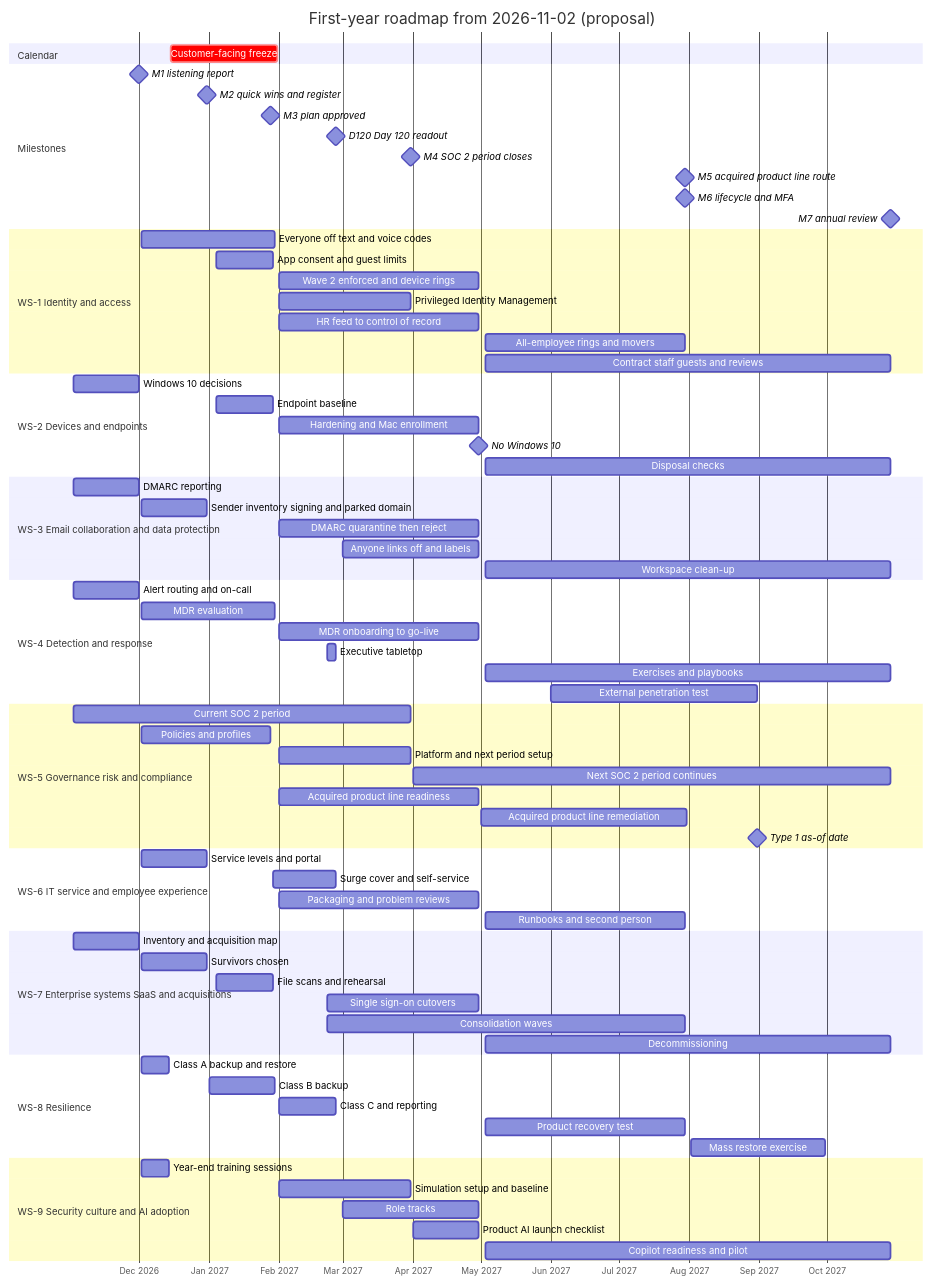
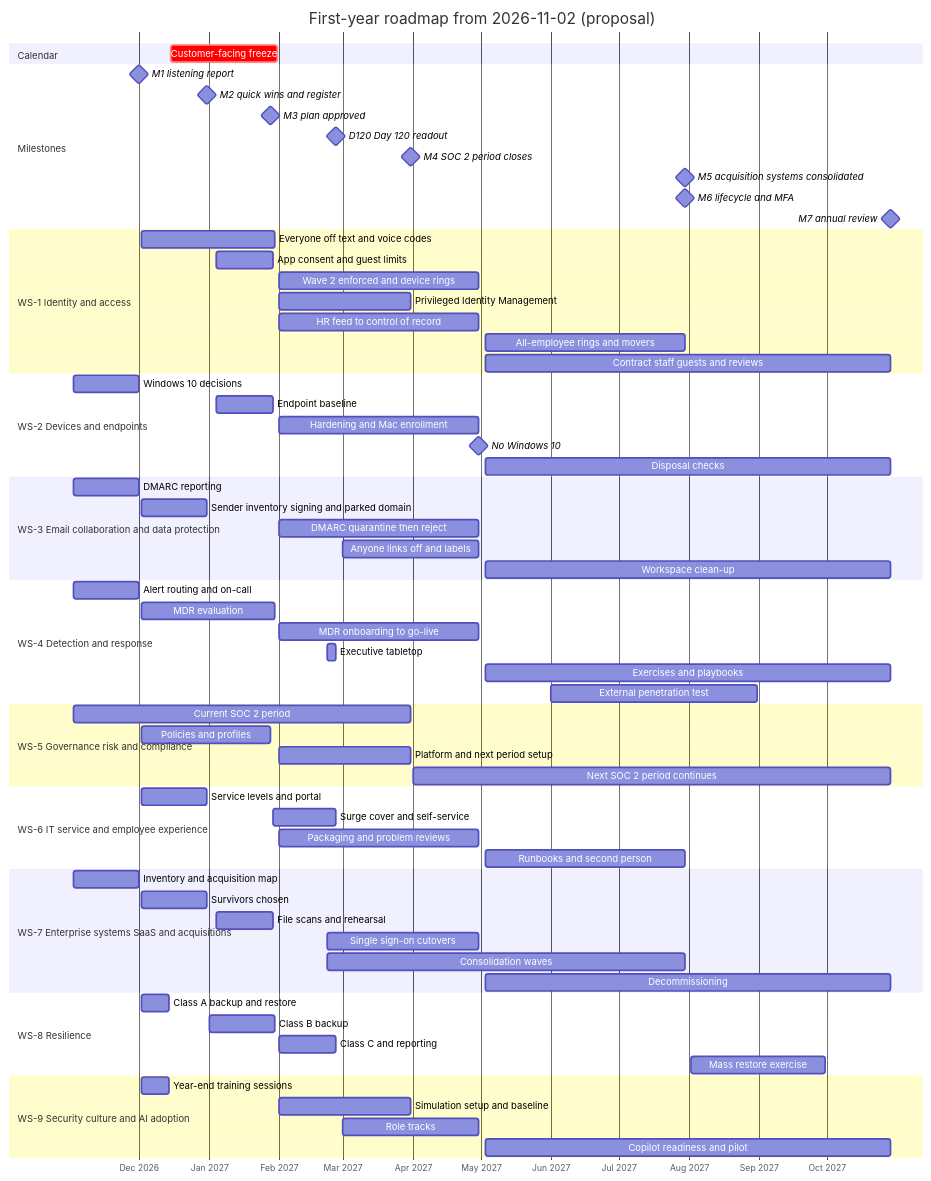
The first of 2 diagrams in docs/03-twelve-month-roadmap.md (lexxon21/it-security-first-year-plan), drawn with Mermaid before and after one commit. The commit also changed other lines of this file and 34 other files, not shown here.

````diff
--- a/docs/03-twelve-month-roadmap.md
+++ b/docs/03-twelve-month-roadmap.md
@@ -34,76 +34,71 @@
 ```mermaid
 gantt
   title First-year roadmap from 2026-11-02 (proposal)
   dateFormat YYYY-MM-DD
   axisFormat %b %Y
   section Calendar
   Customer-facing freeze :crit, cal1, 2026-12-15, 2027-01-31
   section Milestones
   M1 listening report :milestone, m1, 2026-12-01, 0d
   M2 quick wins and register :milestone, m2, 2026-12-31, 0d
   M3 plan approved :milestone, m3, 2027-01-28, 0d
   D120 Day 120 readout :milestone, d120, 2027-02-26, 0d
   M4 SOC 2 period closes :milestone, m4, 2027-03-31, 0d
-  M5 acquired product line route :milestone, m5, 2027-07-30, 0d
+  M5 acquisition systems consolidated :milestone, m5, 2027-07-30, 0d
   M6 lifecycle and MFA :milestone, m6, 2027-07-30, 0d
   M7 annual review :milestone, m7, 2027-10-29, 0d
   section WS-1 Identity and access
   Everyone off text and voice codes :w1a, 2026-12-02, 2027-01-30
   App consent and guest limits :w1g, 2027-01-04, 2027-01-29
   Wave 2 enforced and device rings :w1b, 2027-02-01, 2027-04-30
   Privileged Identity Management :w1c, 2027-02-01, 2027-03-31
   HR feed to control of record :w1d, 2027-02-01, 2027-04-30
   All-employee rings and movers :w1e, 2027-05-03, 2027-07-30
   Contract staff guests and reviews :w1f, 2027-05-03, 2027-10-29
   section WS-2 Devices and endpoints
   Windows 10 decisions :w2a, 2026-11-02, 2026-12-01
   Endpoint baseline :w2b, 2027-01-04, 2027-01-29
   Hardening and Mac enrollment :w2c, 2027-02-01, 2027-04-30
   No Windows 10 :milestone, w2d, 2027-04-30, 0d
   Disposal checks :w2e, 2027-05-03, 2027-10-29
   section WS-3 Email collaboration and data protection
   DMARC reporting :w3a, 2026-11-02, 2026-12-01
   Sender inventory signing and parked domain :w3b, 2026-12-02, 2026-12-31
   DMARC quarantine then reject :w3c, 2027-02-01, 2027-04-30
   Anyone links off and labels :w3d, 2027-03-01, 2027-04-30
   Workspace clean-up :w3e, 2027-05-03, 2027-10-29
   section WS-4 Detection and response
   Alert routing and on-call :w4a, 2026-11-02, 2026-12-01
   MDR evaluation :w4b, 2026-12-02, 2027-01-30
   MDR onboarding to go-live :w4c, 2027-02-01, 2027-04-30
   Executive tabletop :w4d, 2027-02-22, 2027-02-26
   Exercises and playbooks :w4e, 2027-05-03, 2027-10-29
   External penetration test :w4f, 2027-06-01, 2027-08-31
   section WS-5 Governance risk and compliance
   Current SOC 2 period :w5a, 2026-11-02, 2027-03-31
   Policies and profiles :w5b, 2026-12-02, 2027-01-28
   Platform and next period setup :w5c, 2027-02-01, 2027-03-31
   Next SOC 2 period continues :w5d, 2027-04-01, 2027-10-29
-  Acquired product line readiness :w5e, 2027-02-01, 2027-04-30
-  Acquired product line remediation :w5f, 2027-05-01, 2027-07-31
-  Type 1 as-of date :milestone, w5g, 2027-08-31, 0d
   section WS-6 IT service and employee experience
   Service levels and portal :w6a, 2026-12-02, 2026-12-31
   Surge cover and self-service :w6b, 2027-01-29, 2027-02-26
   Packaging and problem reviews :w6c, 2027-02-01, 2027-04-30
   Runbooks and second person :w6d, 2027-05-03, 2027-07-30
   section WS-7 Enterprise systems SaaS and acquisitions
   Inventory and acquisition map :w7a, 2026-11-02, 2026-12-01
   Survivors chosen :w7b, 2026-12-02, 2026-12-31
   File scans and rehearsal :w7c, 2027-01-04, 2027-01-29
   Single sign-on cutovers :w7d, 2027-02-22, 2027-04-30
   Consolidation waves :w7e, 2027-02-22, 2027-07-30
   Decommissioning :w7f, 2027-05-03, 2027-10-29
   section WS-8 Resilience
   Class A backup and restore :w8a, 2026-12-02, 2026-12-14
   Class B backup :w8b, 2027-01-01, 2027-01-30
   Class C and reporting :w8c, 2027-02-01, 2027-02-26
-  Product recovery test :w8d, 2027-05-03, 2027-07-30
   Mass restore exercise :w8e, 2027-08-02, 2027-09-30
   section WS-9 Security culture and AI adoption
   Year-end training sessions :w9a, 2026-12-02, 2026-12-14
   Simulation setup and baseline :w9b, 2027-02-01, 2027-03-31
   Role tracks :w9c, 2027-03-01, 2027-04-30
-  Product AI launch checklist :w9e, 2027-04-01, 2027-04-30
   Copilot readiness and pilot :w9d, 2027-05-03, 2027-10-29
 ```
````
